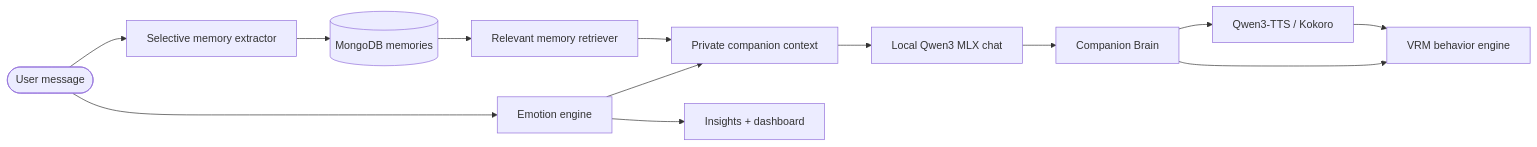
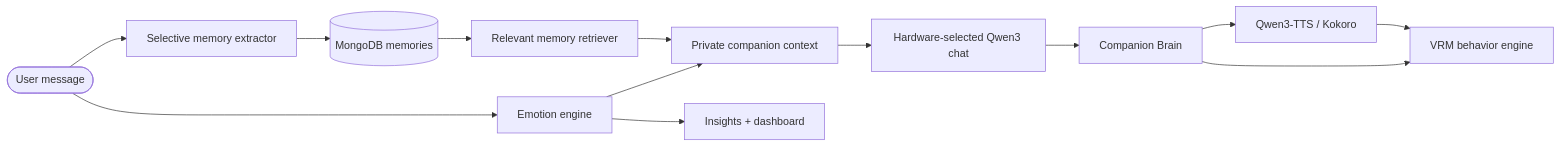
One commit to MaheshReddy-ML/AI-Companion changed the diagram in README.md. Above: the diagram before and after it, drawn with Mermaid. The commit also changed other lines of this file and 25 other files, not shown here.

````diff
--- a/README.md
+++ b/README.md
@@ -82,15 +82,15 @@
 ```mermaid
 flowchart LR
     U([User message]) --> E[Emotion engine]
     U --> M[Selective memory extractor]
     M --> R[(MongoDB memories)]
     R --> K[Relevant memory retriever]
     E --> P[Private companion context]
     K --> P
-    P --> A[Local Qwen3 MLX chat]
+    P --> A[Hardware-selected Qwen3 chat]
     A --> B[Companion Brain]
     B --> V[Qwen3-TTS / Kokoro]
     B --> G[VRM behavior engine]
     E --> D[Insights + dashboard]
     V --> G
 ```
````
